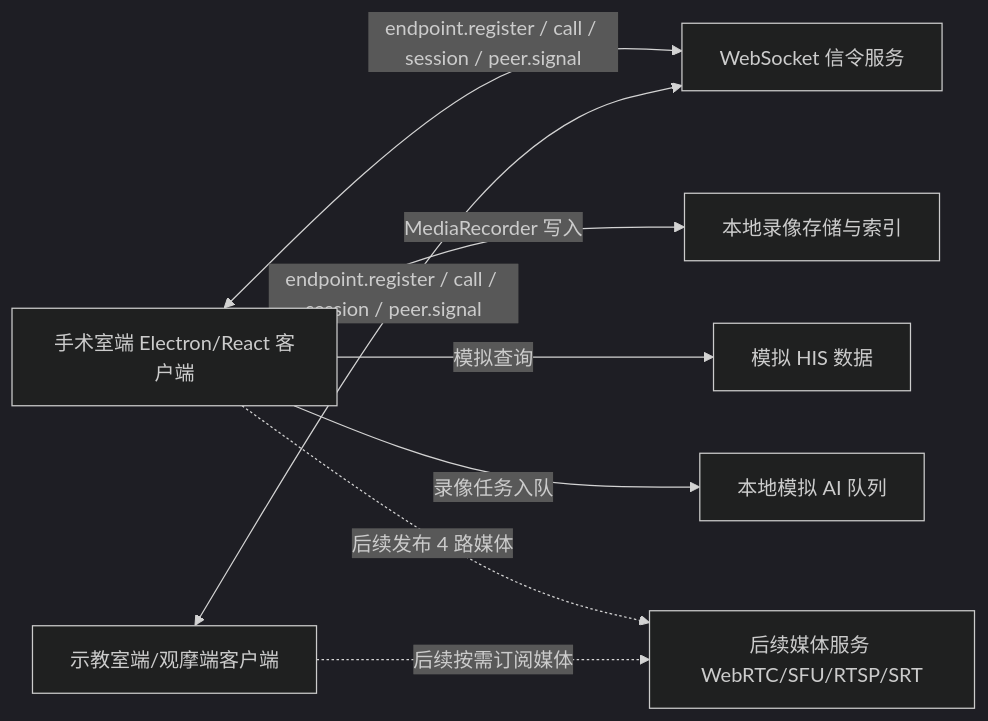
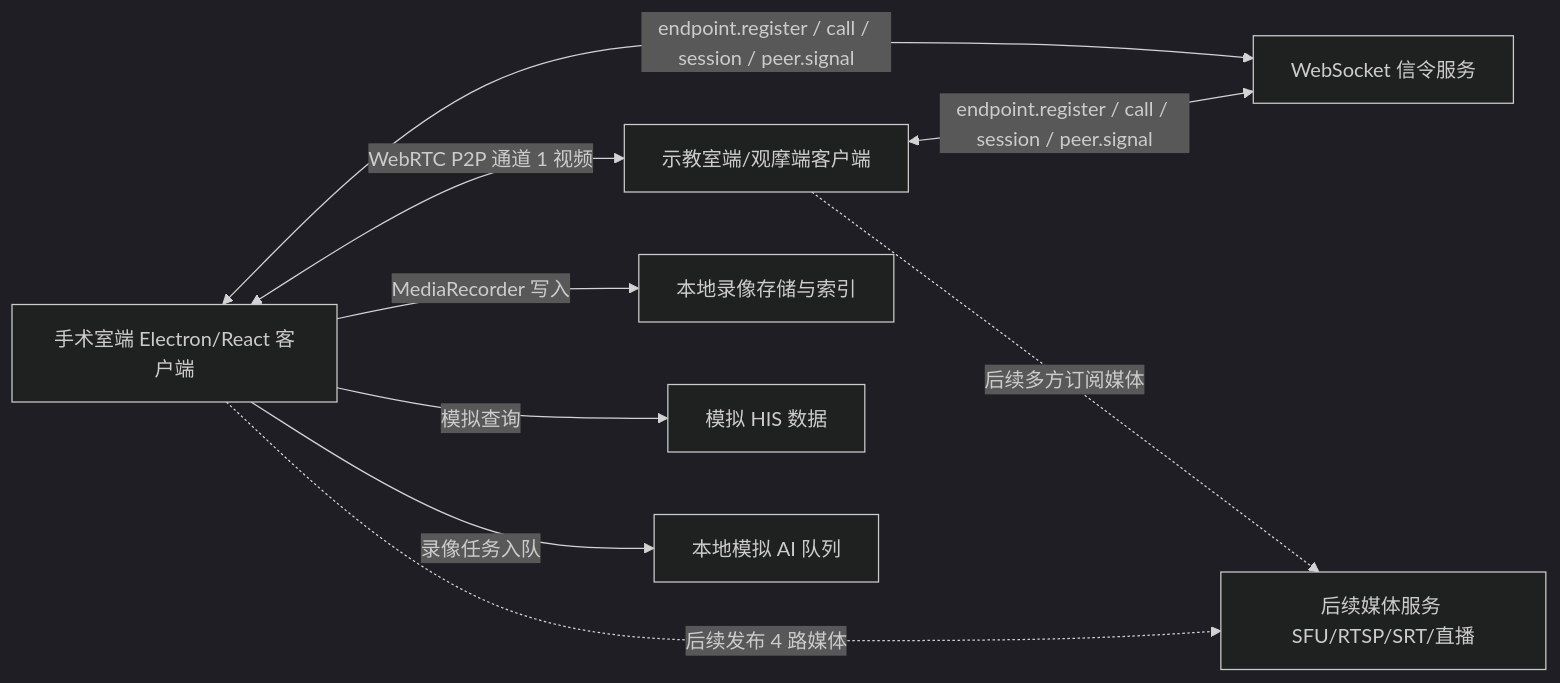
The diagram in docs/architecture.md (ticopapa327-dot/surgical-teaching-phase1-poc), drawn with Mermaid (dark theme) before and after one commit. The commit also changed other lines of this file and 7 other files, not shown here.

Commit message:
Add phase 3 WebRTC media PoC

````diff
--- a/docs/architecture.md
+++ b/docs/architecture.md
@@ -5,18 +5,19 @@
 ```mermaid
 flowchart LR
   OR["手术室端 Electron/React 客户端"]
   Teaching["示教室端/观摩端客户端"]
   Signaling["WebSocket 信令服务"]
   Recording["本地录像存储与索引"]
   MockHIS["模拟 HIS 数据"]
   AIQueue["本地模拟 AI 队列"]
-  FutureMedia["后续媒体服务 WebRTC/SFU/RTSP/SRT"]
+  FutureMedia["后续媒体服务 SFU/RTSP/SRT/直播"]
 
   OR <-->|"endpoint.register / call / session / peer.signal"| Signaling
   Teaching <-->|"endpoint.register / call / session / peer.signal"| Signaling
+  OR <-->|"WebRTC P2P 通道 1 视频"| Teaching
   OR -->|"MediaRecorder 写入"| Recording
   OR -->|"模拟查询"| MockHIS
   OR -->|"录像任务入队"| AIQueue
   OR -.->|"后续发布 4 路媒体"| FutureMedia
-  Teaching -.->|"后续按需订阅媒体"| FutureMedia
+  Teaching -.->|"后续多方订阅媒体"| FutureMedia
 ```
````
